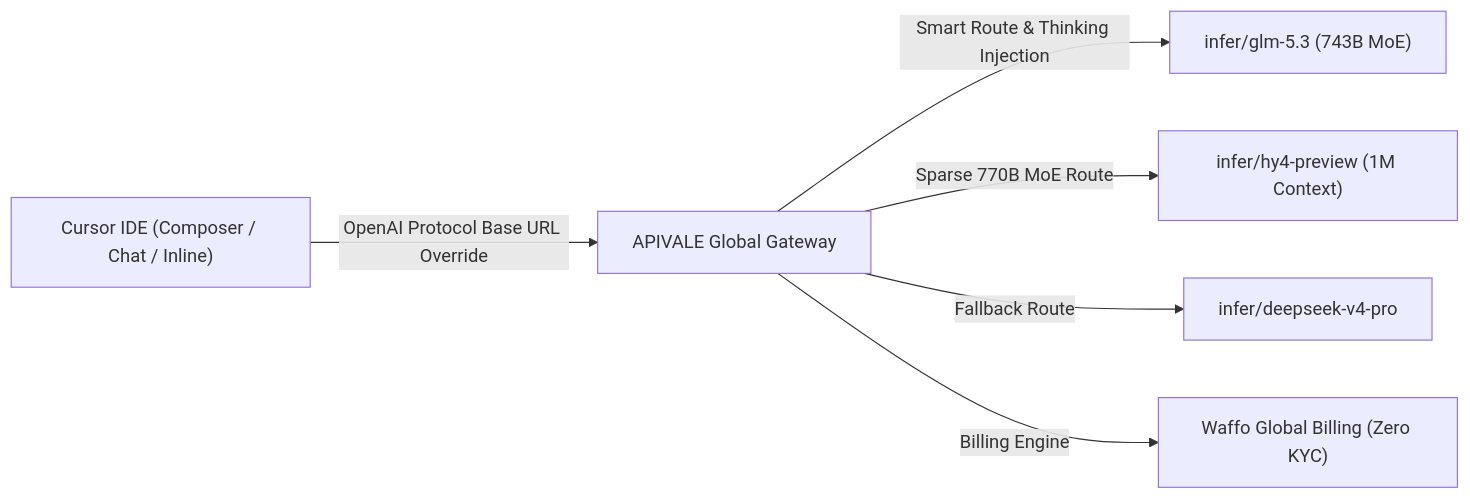
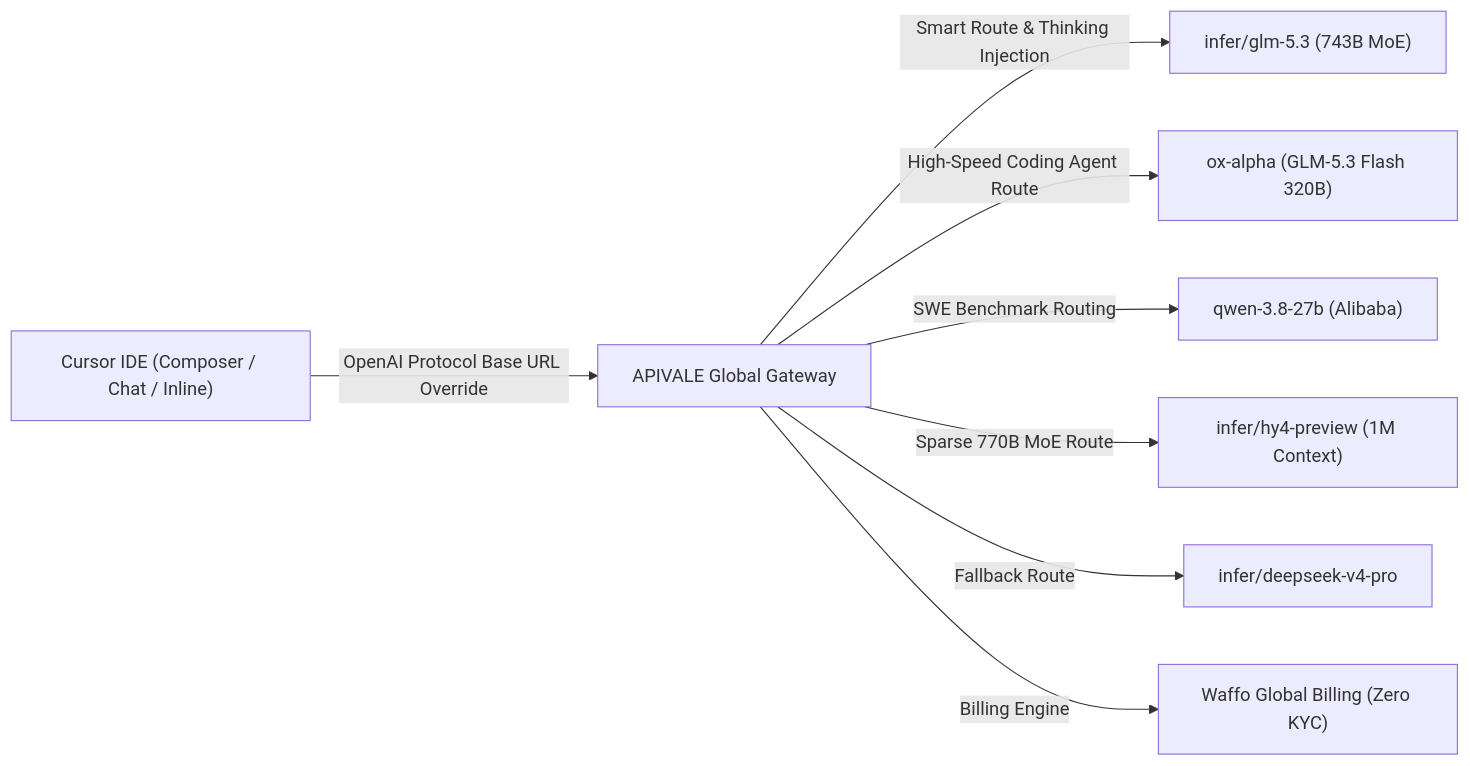
The diagram in src/content/blog/connect-glm-5-3-to-claude-code-cli-cursor.md (bshx2024/apivel_blog), drawn with Mermaid before and after one commit. The commit also changed other lines of this file and 5 other files, not shown here.

Commit message:
feat(seo): weave P1 underdog mesh internal links for ox alpha and qwen 3.8 top 3 push

````diff
--- a/src/content/blog/connect-glm-5-3-to-claude-code-cli-cursor.md
+++ b/src/content/blog/connect-glm-5-3-to-claude-code-cli-cursor.md
@@ -56,8 +56,10 @@
 ```mermaid
 graph LR
     A["Cursor IDE (Composer / Chat / Inline)"] -->|OpenAI Protocol Base URL Override| B["APIVALE Global Gateway"]
     B -->|Smart Route & Thinking Injection| C["infer/glm-5.3 (743B MoE)"]
+    B -->|High-Speed Coding Agent Route| G["ox-alpha (GLM-5.3 Flash 320B)"]
+    B -->|SWE Benchmark Routing| H["qwen-3.8-27b (Alibaba)"]
     B -->|Sparse 770B MoE Route| F["infer/hy4-preview (1M Context)"]
     B -->|Fallback Route| D["infer/deepseek-v4-pro"]
     B -->|Billing Engine| E["Waffo Global Billing (Zero KYC)"]
 ```
````
